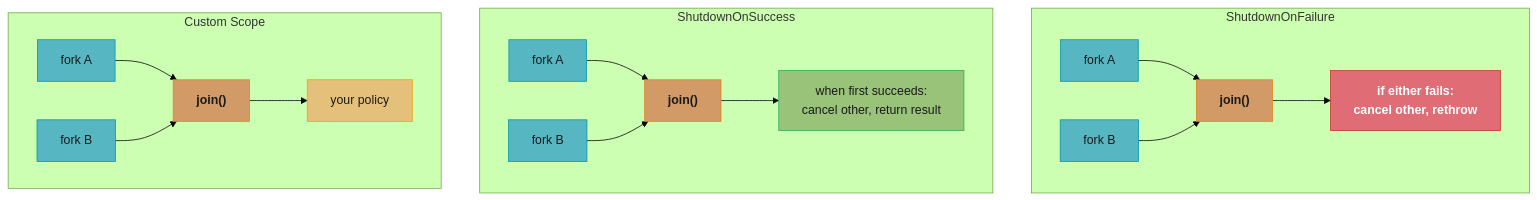
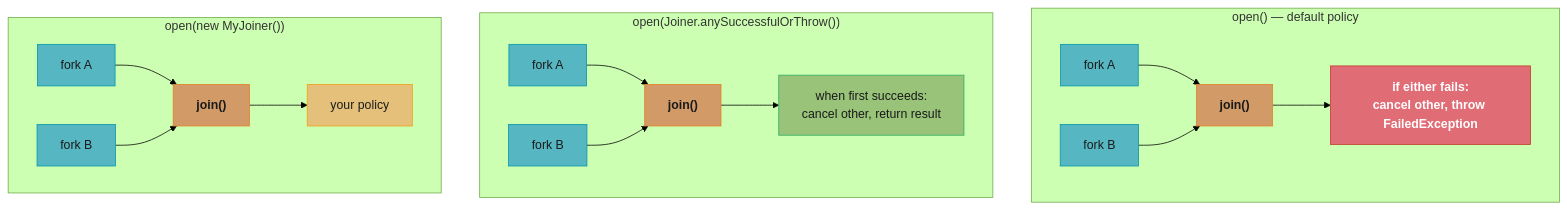
Before and after one commit to rppol/system-design: the first of 3 diagrams in src/main/java/com/rutik/systemdesign/java/structured_concurrency_and_loom/README.md, drawn with Mermaid (forest theme). The commit also changed other lines of this file and 1 other file, not shown here.

````diff
--- a/src/main/java/com/rutik/systemdesign/java/structured_concurrency_and_loom/README.md
+++ b/src/main/java/com/rutik/systemdesign/java/structured_concurrency_and_loom/README.md
@@ -96,34 +96,34 @@
 ```mermaid
 flowchart TD
     classDef io      fill:#61afef,stroke:#2e86c1,color:#1a1a1a,font-weight:bold
     classDef frozen  fill:#c678dd,stroke:#9b59b6,color:#fff
     classDef train   fill:#98c379,stroke:#27ae60,color:#1a1a1a
     classDef mathOp  fill:#d19a66,stroke:#e67e22,color:#1a1a1a,font-weight:bold
     classDef lossN   fill:#e06c75,stroke:#c0392b,color:#fff,font-weight:bold
     classDef req     fill:#56b6c2,stroke:#0097a7,color:#1a1a1a
     classDef base    fill:#e5c07b,stroke:#f39c12,color:#1a1a1a
 
-    subgraph SOF["ShutdownOnFailure"]
+    subgraph SOF["open() — default policy"]
         A1["fork A"] --> J1["join()"]
         B1["fork B"] --> J1
-        J1 --> O1["if either fails:\ncancel other, rethrow"]
+        J1 --> O1["if either fails:\ncancel other, throw FailedException"]
     end
 
-    subgraph SOS["ShutdownOnSuccess"]
+    subgraph SOS["open(Joiner.anySuccessfulOrThrow())"]
         A2["fork A"] --> J2["join()"]
         B2["fork B"] --> J2
         J2 --> O2["when first succeeds:\ncancel other, return result"]
     end
 
-    subgraph CUS["Custom Scope"]
+    subgraph CUS["open(new MyJoiner())"]
         A3["fork A"] --> J3["join()"]
         B3["fork B"] --> J3
         J3 --> O3["your policy"]
     end
 
     class A1,B1,A2,B2,A3,B3 req
     class J1,J2,J3 mathOp
     class O1 lossN
     class O2 train
     class O3 base
 ```
````
